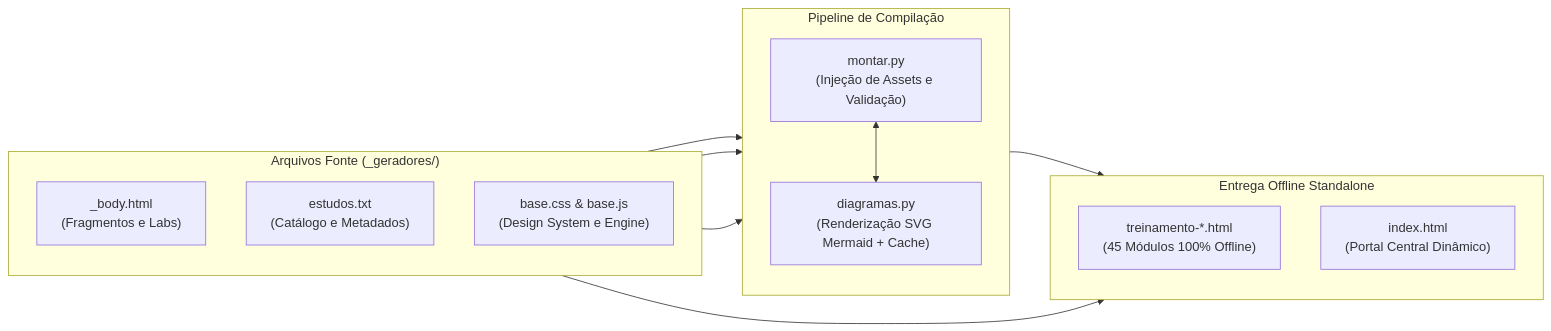
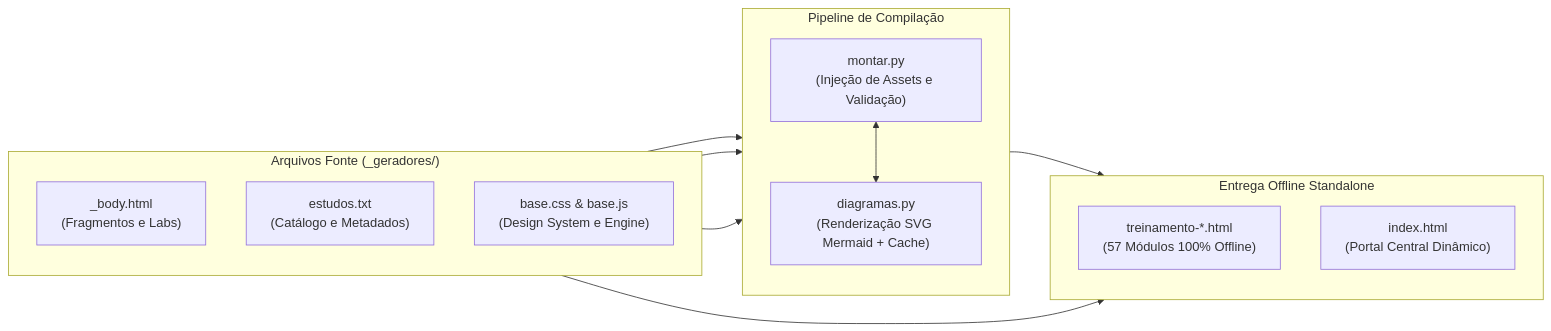
One commit to josemauromani/estudos-cyberseguranca changed the second of 2 diagrams in README.md. Above: the diagram before and after it, drawn with Mermaid. The commit also changed other lines of this file and 54 other files, not shown here.

````diff
--- a/README.md
+++ b/README.md
@@ -179,28 +191,28 @@
 ```mermaid
 flowchart LR
     subgraph Fontes["Arquivos Fonte (_geradores/)"]
         direction TB
         B["_body.html<br>(Fragmentos e Labs)"]
         E["estudos.txt<br>(Catálogo e Metadados)"]
         A["base.css & base.js<br>(Design System e Engine)"]
     end
 
     subgraph Compilacao["Pipeline de Compilação"]
         direction TB
         M["montar.py<br>(Injeção de Assets e Validação)"]
         D["diagramas.py<br>(Renderização SVG Mermaid + Cache)"]
         M <--> D
     end
 
     subgraph Saida["Entrega Offline Standalone"]
         direction TB
-        H["treinamento-*.html<br>(45 Módulos 100% Offline)"]
+        H["treinamento-*.html<br>(57 Módulos 100% Offline)"]
         I["index.html<br>(Portal Central Dinâmico)"]
     end
 
     B --> M
     E --> M
     A --> M
     M --> H
     E --> I
 ```
````
